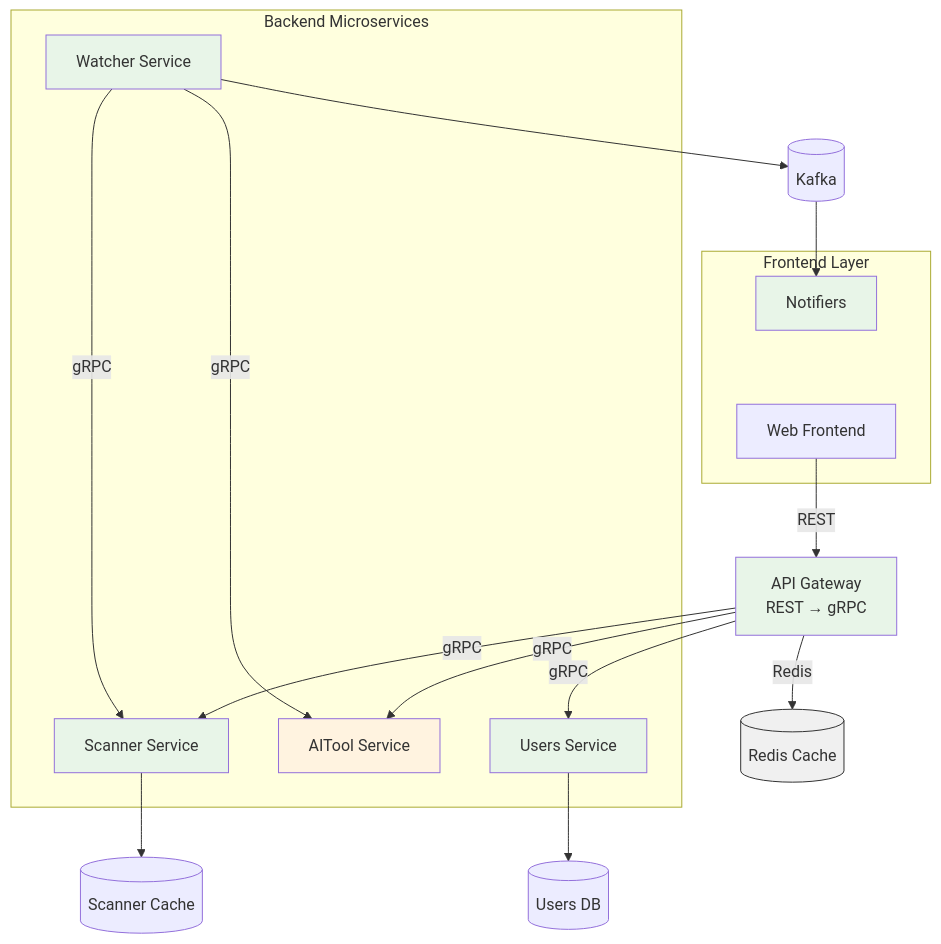
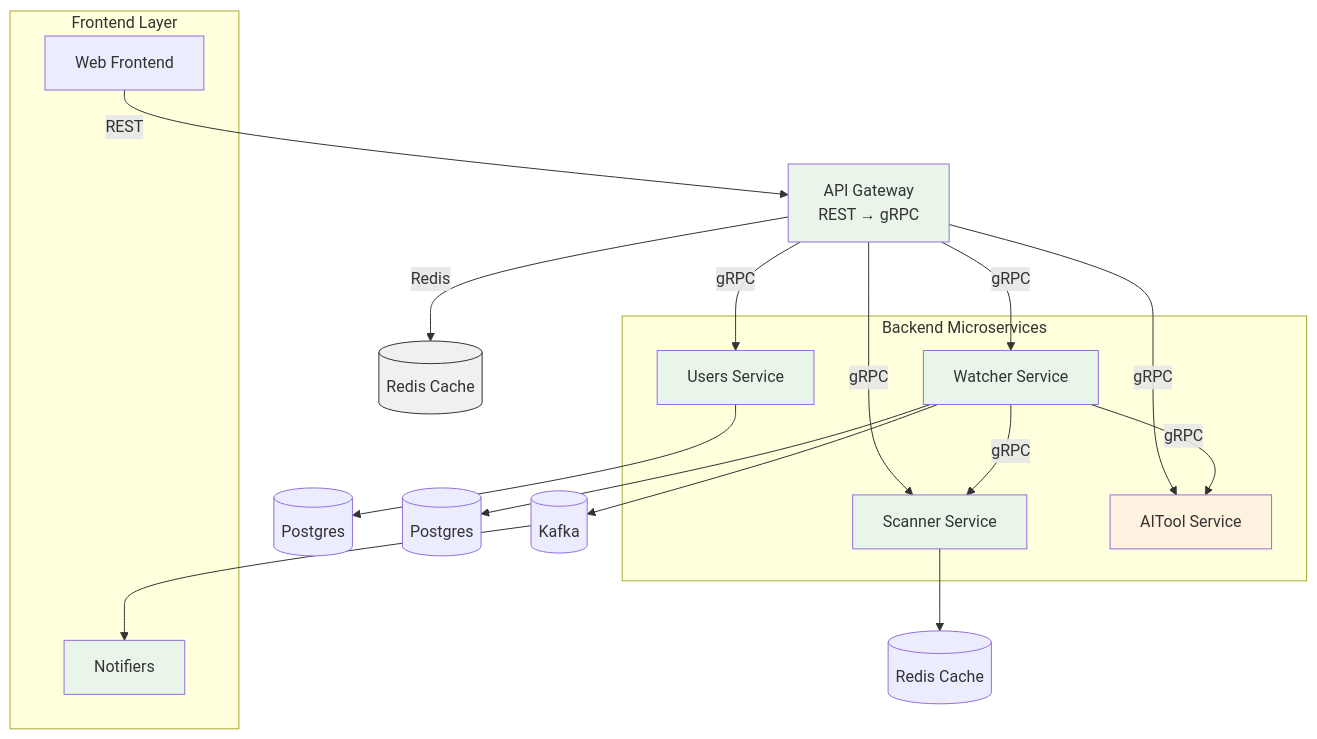
The diagram in README.md (m1keee3/FinanceAnalyst), drawn with Mermaid before and after one commit. The commit also changed other lines of this file, not shown here.

````diff
--- a/README.md
+++ b/README.md
@@ -14,53 +14,52 @@
 ```mermaid
 graph TB
     %% Frontend section
     subgraph "Frontend Layer"
         NT[Notifiers]
         FE[Web Frontend]
-
-        NT -.- FE
-        linkStyle 0 stroke-width:0px,opacity:0
     end
 
     %% API Gateway
     GW[API Gateway<br/>REST → gRPC]
     
     %% Backend Services
     subgraph "Backend Microservices"
         SC[Scanner Service]
         WT[Watcher Service]
         AI[AITool Service]
         US[Users Service]
     end
     
     %% Data Layer
-    DB1[(Scanner Cache)]
-    DB2[(Users DB)]
+    DB1[(Redis Cache)]
+    DB2[(Postgres)]
+    DB3[(Postgres)]
     REDIS[(Redis Cache)]
     KAFKA[(Kafka)]
     
     %% Connections
     FE -->|REST| GW
     
     GW -->|gRPC| SC
     GW -->|gRPC| AI
     GW -->|gRPC| US
+    GW -->|gRPC| WT
     GW -->|Redis| REDIS
     
     WT -->|gRPC| SC
     WT -->|gRPC| AI
     
     SC --> DB1
     US --> DB2
+    WT --> DB3
     WT --> KAFKA
     KAFKA --> NT
 
     style GW fill:#e8f5e8
     style SC fill:#e8f5e8
     style WT fill:#e8f5e8
     style NT fill:#e8f5e8
     style US fill:#e8f5e8
     style AI fill:#fff3e0
     style REDIS fill:#f0f0f0,stroke:#333
-
 ```
````
